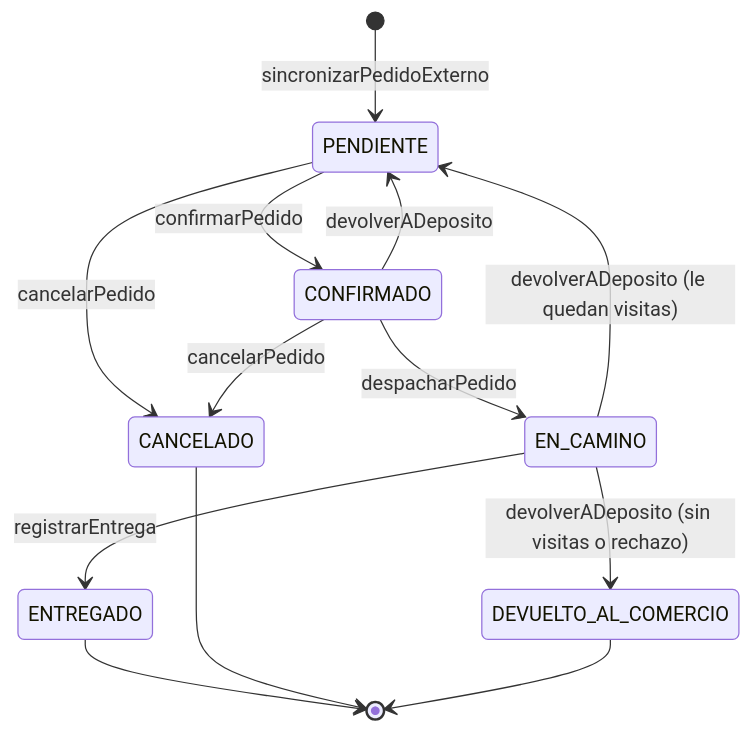
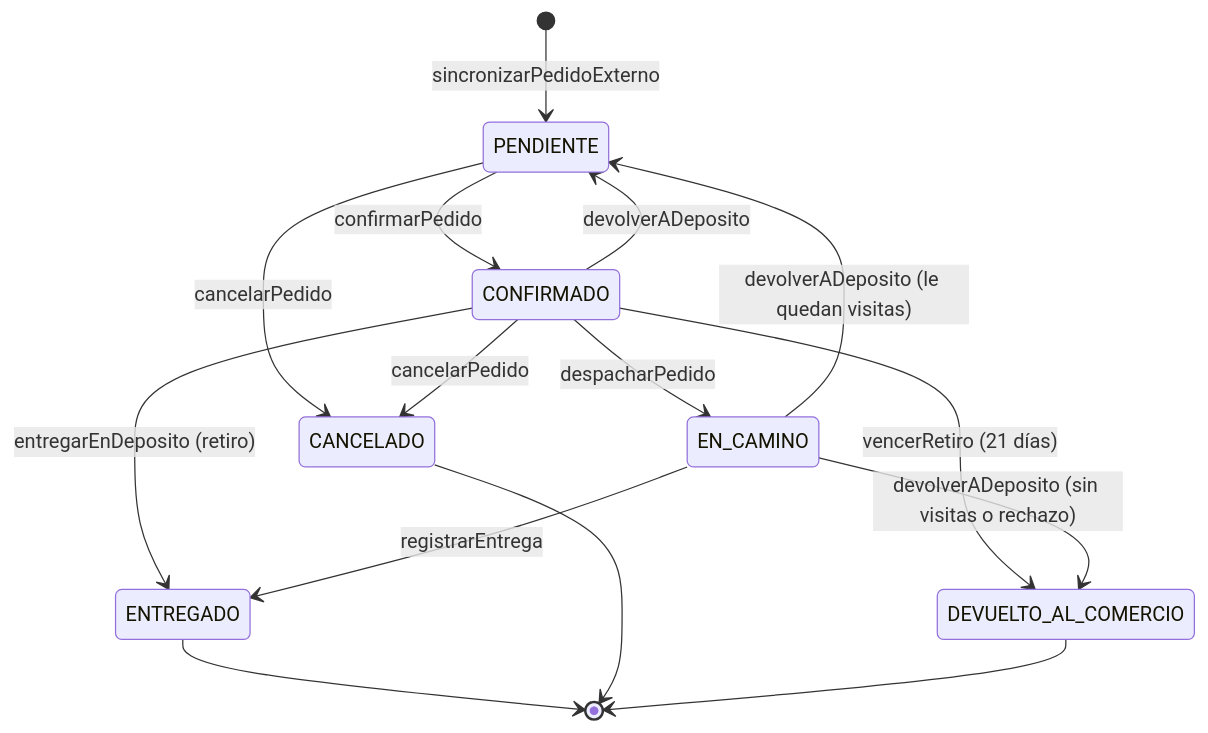
The fourth of 4 diagrams in docs/arquitectura/ARQUITECTURA.md (feliforte14/Rabbit), drawn with Mermaid before and after one commit. The commit also changed other lines of this file and 5 other files, not shown here.

First line of the commit message:
Documentación: diagramas corregidos y legibilidad de arquitectura y mensajería

````diff
--- a/docs/arquitectura/ARQUITECTURA.md
+++ b/docs/arquitectura/ARQUITECTURA.md
@@ -430,15 +441,17 @@
 ```mermaid
 stateDiagram-v2
     [*] --> PENDIENTE: sincronizarPedidoExterno
     PENDIENTE --> CONFIRMADO: confirmarPedido
     PENDIENTE --> CANCELADO: cancelarPedido
     CONFIRMADO --> EN_CAMINO: despacharPedido
     CONFIRMADO --> CANCELADO: cancelarPedido
     CONFIRMADO --> PENDIENTE: devolverADeposito
+    CONFIRMADO --> ENTREGADO: entregarEnDeposito (retiro)
+    CONFIRMADO --> DEVUELTO_AL_COMERCIO: vencerRetiro (21 días)
     EN_CAMINO --> ENTREGADO: registrarEntrega
     EN_CAMINO --> PENDIENTE: devolverADeposito (le quedan visitas)
     EN_CAMINO --> DEVUELTO_AL_COMERCIO: devolverADeposito (sin visitas o rechazo)
     ENTREGADO --> [*]
     CANCELADO --> [*]
     DEVUELTO_AL_COMERCIO --> [*]
 ```
````
